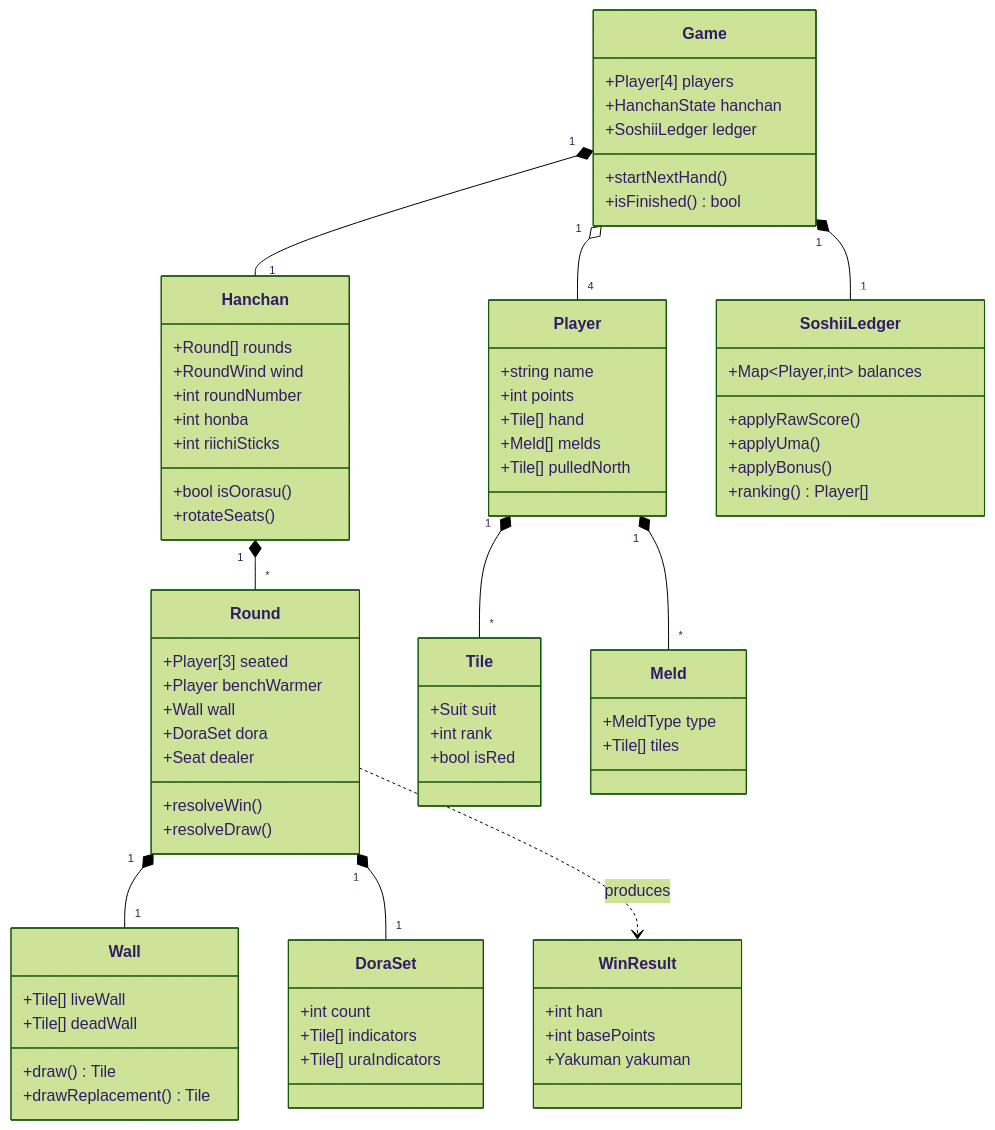
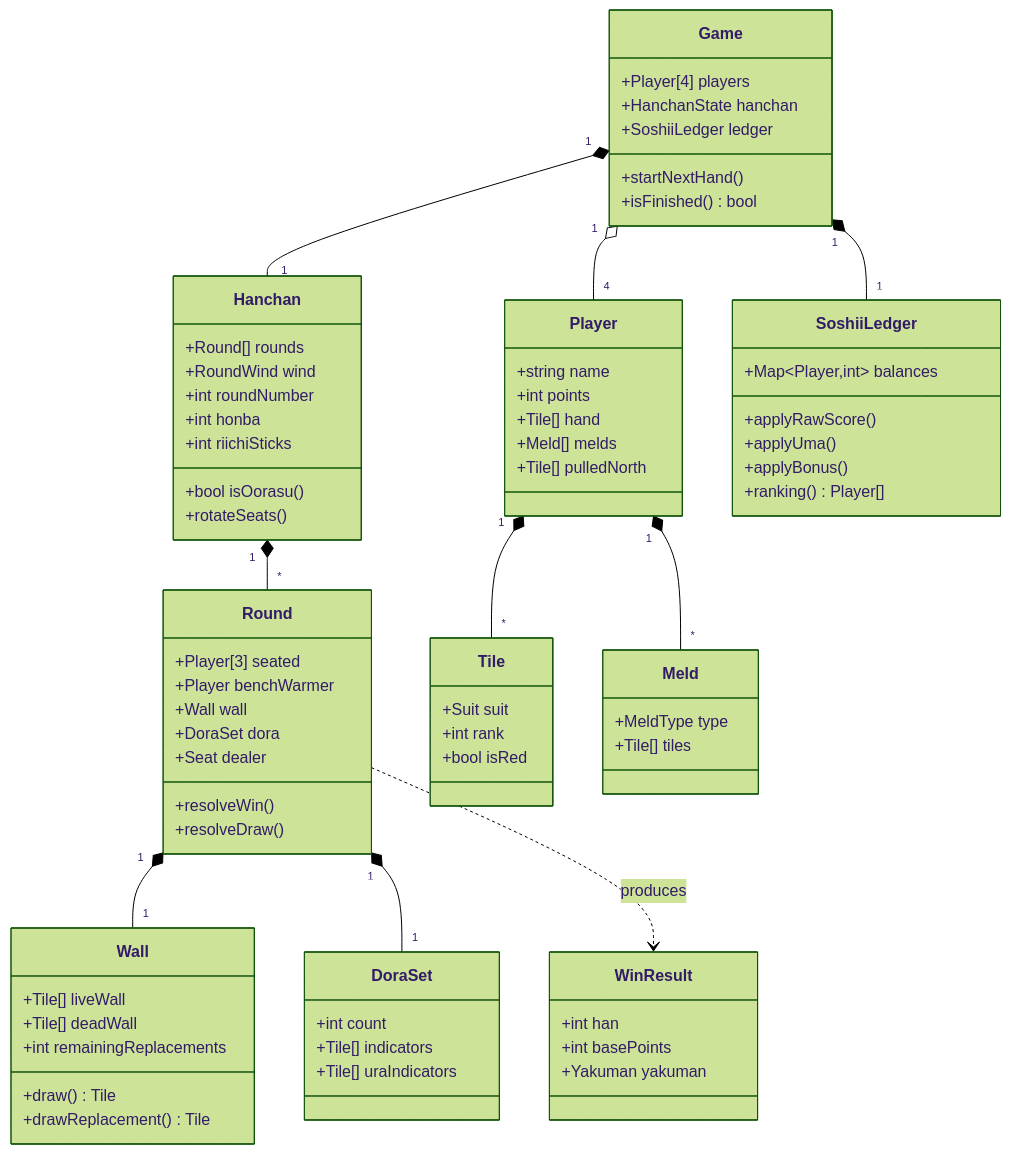
The diagram in documents/spec/domain-model.md (AutoDevJapan/FourBrosMahjong), drawn with Mermaid (forest theme) before and after one commit. The commit also changed other lines of this file and 7 other files, not shown here.

````diff
--- a/documents/spec/domain-model.md
+++ b/documents/spec/domain-model.md
@@ -7,76 +7,77 @@
 ```mermaid
 classDiagram
     class Game {
         +Player[4] players
         +HanchanState hanchan
         +SoshiiLedger ledger
         +startNextHand()
         +isFinished() bool
     }
     class Hanchan {
         +Round[] rounds
         +RoundWind wind
         +int roundNumber
         +int honba
         +int riichiSticks
         +bool isOorasu()
         +rotateSeats()
     }
     class Round {
         +Player[3] seated
         +Player benchWarmer
         +Wall wall
         +DoraSet dora
         +Seat dealer
         +resolveWin()
         +resolveDraw()
     }
     class Player {
         +string name
         +int points
         +Tile[] hand
         +Meld[] melds
         +Tile[] pulledNorth
     }
     class Wall {
         +Tile[] liveWall
         +Tile[] deadWall
+        +int remainingReplacements
         +draw() Tile
         +drawReplacement() Tile
     }
     class Tile {
         +Suit suit
         +int rank
         +bool isRed
     }
     class DoraSet {
         +int count
         +Tile[] indicators
         +Tile[] uraIndicators
     }
     class Meld {
         +MeldType type
         +Tile[] tiles
     }
     class WinResult {
         +int han
         +int basePoints
         +Yakuman yakuman
     }
     class SoshiiLedger {
         +Map~Player,int~ balances
         +applyRawScore()
         +applyUma()
         +applyBonus()
         +ranking() Player[]
     }
     Game "1" o-- "4" Player
     Game "1" *-- "1" Hanchan
     Game "1" *-- "1" SoshiiLedger
     Hanchan "1" *-- "*" Round
     Round "1" *-- "1" Wall
     Round "1" *-- "1" DoraSet
     Player "1" *-- "*" Tile
     Player "1" *-- "*" Meld
     Round ..> WinResult : produces
 ```
````
